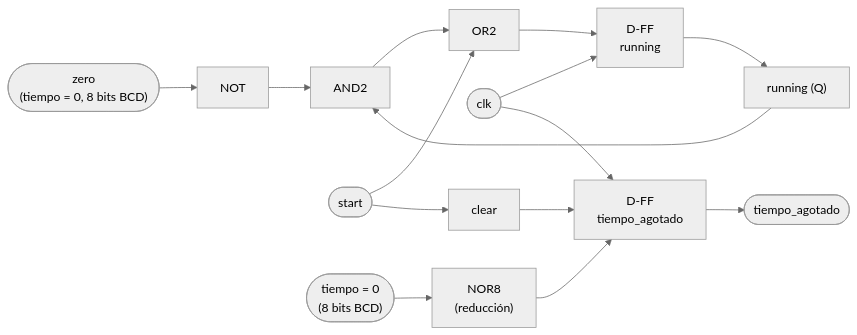
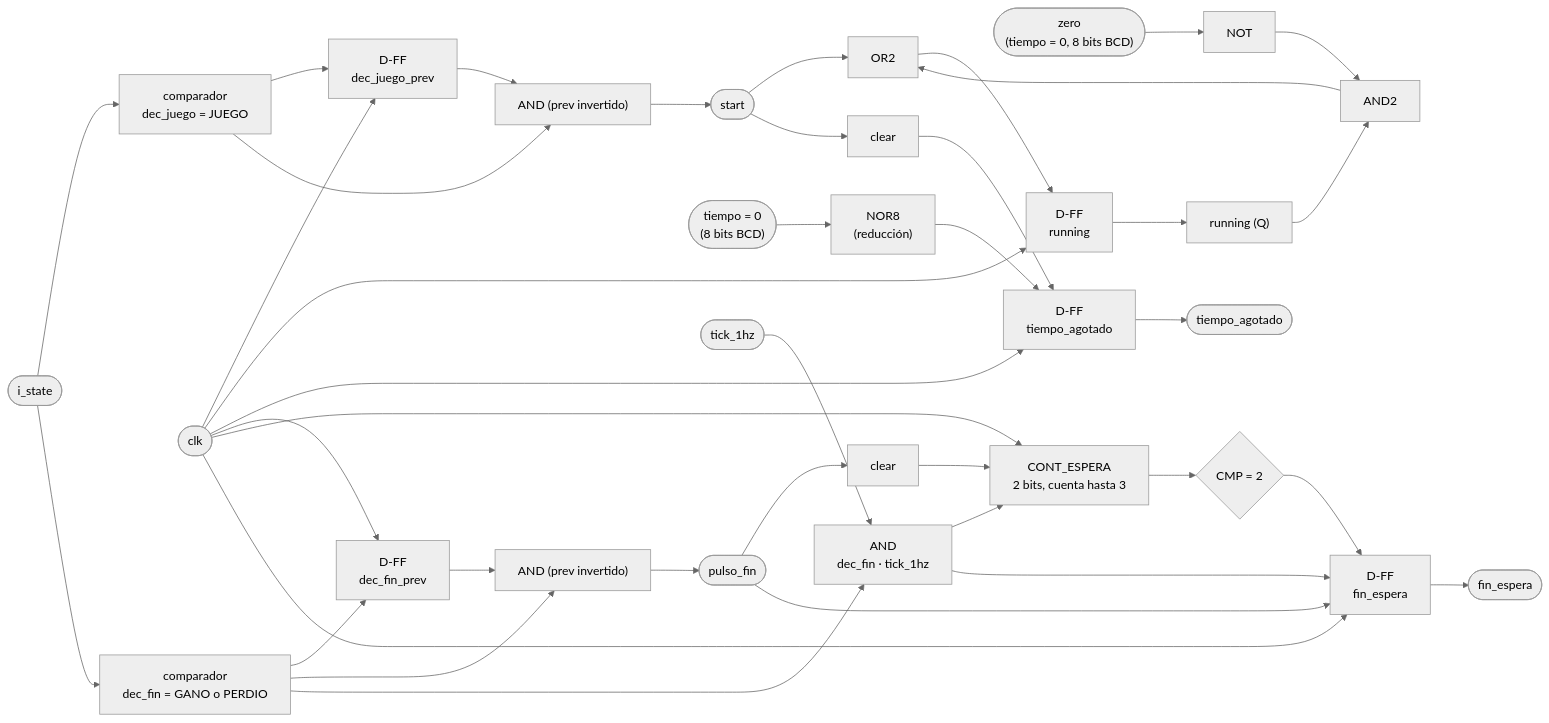
Before and after one commit to Taller-de-diseno-digital-GR01/Proyecto-2-Ahorcado: the second of 2 diagrams in docs/diseño/modulos/M03_Temporizador.md, drawn with Mermaid (neutral theme). The commit also changed other lines of this file and 2 other files, not shown here.

````diff
--- a/docs/diseño/modulos/M03_Temporizador.md
+++ b/docs/diseño/modulos/M03_Temporizador.md
@@ -98,18 +128,45 @@
 ```mermaid
 flowchart LR
+    STATEIN(["i_state"]) --> DECJ["comparador<br/>dec_juego = JUEGO"]
+    DECJ --> DJP["D-FF<br/>dec_juego_prev"]
+    CLK1(["clk"]) --> DJP
+    DECJ --> ANDJ["AND (prev invertido)"]
+    DJP --> ANDJ
+    ANDJ --> START(["start"])
+
     ZERO(["zero<br/>(tiempo = 0, 8 bits BCD)"]) --> NOT1["NOT"]
     RUNQ["running (Q)"] --> AND1["AND2"]
     NOT1 --> AND1
     AND1 --> OR1["OR2"]
-    START(["start"]) --> OR1
+    START --> OR1
     OR1 --> D1["D-FF<br/>running"]
-    CLK1(["clk"]) --> D1
+    CLK1 --> D1
     D1 --> RUNQ
 
     T0(["tiempo = 0<br/>(8 bits BCD)"]) --> NOR1["NOR8<br/>(reducción)"]
     NOR1 --> D2["D-FF<br/>tiempo_agotado"]
     START --> RST2["clear"]
     RST2 --> D2
     CLK1 --> D2
     D2 --> OUTFIN(["tiempo_agotado"])
+
+    STATEIN --> DECF["comparador<br/>dec_fin = GANO o PERDIO"]
+    DECF --> DFP["D-FF<br/>dec_fin_prev"]
+    CLK1 --> DFP
+    DECF --> ANDF["AND (prev invertido)"]
+    DFP --> ANDF
+    ANDF --> PULSOFIN(["pulso_fin"])
+
+    PULSOFIN --> CE_RST["clear"]
+    TICK1HZ(["tick_1hz"]) --> CE_EN["AND<br/>dec_fin · tick_1hz"]
+    DECF --> CE_EN
+    CE_EN --> CE_CNT["CONT_ESPERA<br/>2 bits, cuenta hasta 3"]
+    CE_RST --> CE_CNT
+    CLK1 --> CE_CNT
+    CE_CNT --> CE_CMP{"CMP = 2"}
+    CE_CMP --> CE_D["D-FF<br/>fin_espera"]
+    CE_EN --> CE_D
+    PULSOFIN --> CE_D
+    CLK1 --> CE_D
+    CE_D --> OUTESPERA(["fin_espera"])
 ```
````
